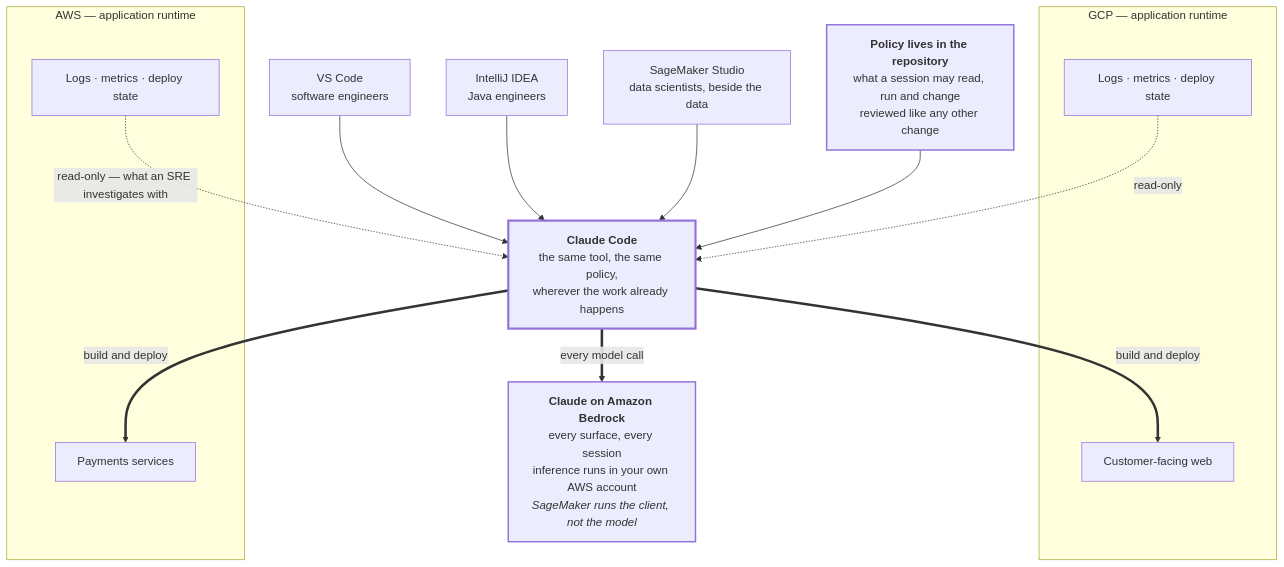
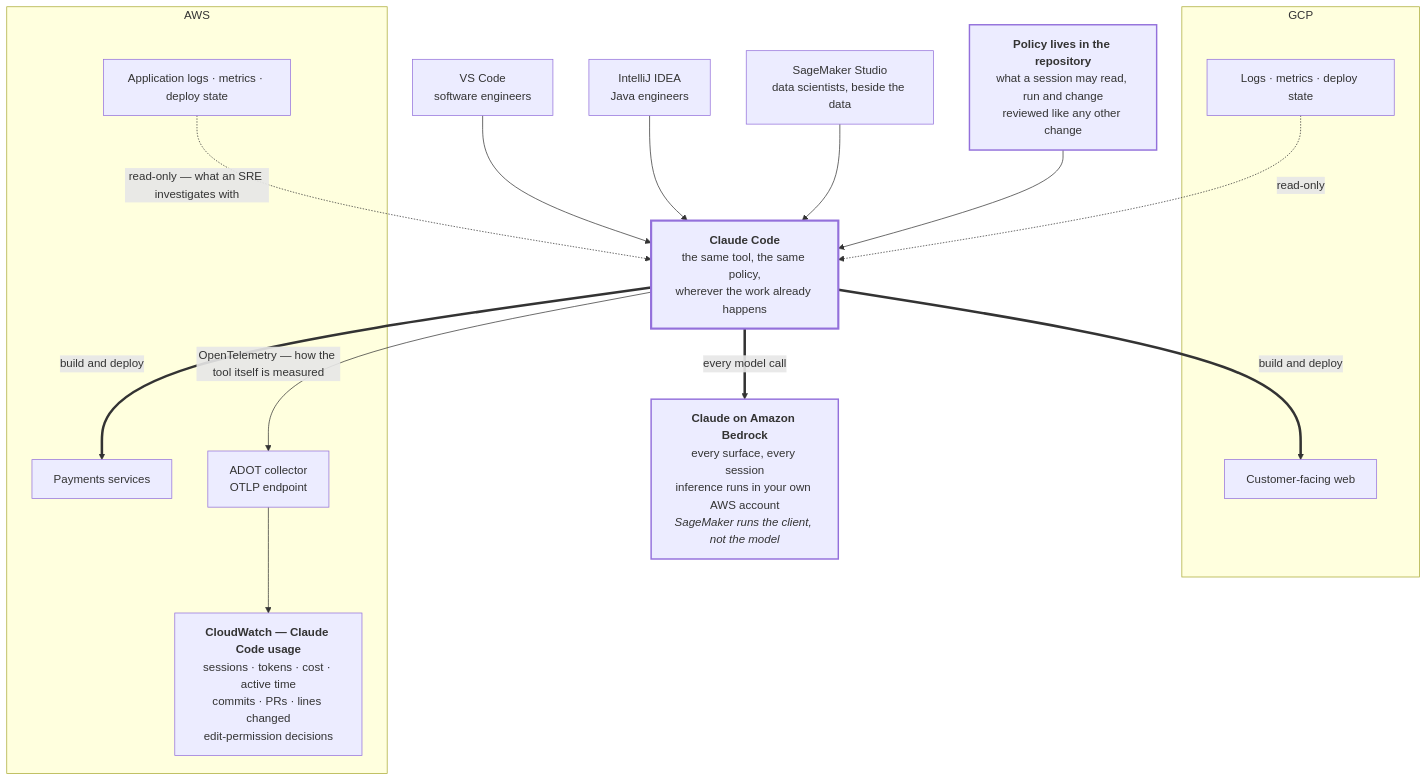
Before and after one commit to congmingwudi/ft-architecture: the diagram in src/overview-redacted.mmd, drawn with Mermaid. The commit also changed 2 other files, not shown here.

Commit message:
Rebuild architecture page — 2026-08-20

```diff
--- a/src/overview-redacted.mmd
+++ b/src/overview-redacted.mmd
@@ -1,33 +1,37 @@
 flowchart TB
   VSC["VS Code<br/>software engineers"]
   IJ["IntelliJ IDEA<br/>Java engineers"]
   SM["SageMaker Studio<br/>data scientists, beside the data"]
 
   CC["<b>Claude Code</b><br/>the same tool, the same policy,<br/>wherever the work already happens"]
 
   BR["<b>Claude on Amazon Bedrock</b><br/>every surface, every session<br/>inference runs in your own AWS account<br/><i>SageMaker runs the client, not the model</i>"]
   POL["<b>Policy lives in the repository</b><br/>what a session may read, run and change<br/>reviewed like any other change"]
 
-  subgraph GCP["GCP — application runtime"]
+  subgraph GCP["GCP"]
     GCPAPP["Customer-facing web"]
     GCPOBS["Logs · metrics · deploy state"]
   end
-  subgraph AWS["AWS — application runtime"]
+  subgraph AWS["AWS"]
     AWSAPP["Payments services"]
-    AWSOBS["Logs · metrics · deploy state"]
+    AWSOBS["Application logs · metrics · deploy state"]
+    ADOT["ADOT collector<br/>OTLP endpoint"]
+    CWCC["<b>CloudWatch — Claude Code usage</b><br/>sessions · tokens · cost · active time<br/>commits · PRs · lines changed<br/>edit-permission decisions"]
+    ADOT --> CWCC
   end
 
   VSC --> CC
   IJ --> CC
   SM --> CC
   POL --> CC
   CC ==>|"every model call"| BR
   CC ==>|"build and deploy"| AWSAPP
   CC ==>|"build and deploy"| GCPAPP
+  CC -->|"OpenTelemetry — how the tool itself is measured"| ADOT
   AWSOBS -.->|"read-only — what an SRE investigates with"| CC
   GCPOBS -.->|"read-only"| CC
 
   classDef hub stroke-width:3px;
   classDef plane stroke-width:2px;
   class CC hub;
   class BR,POL plane;
```
